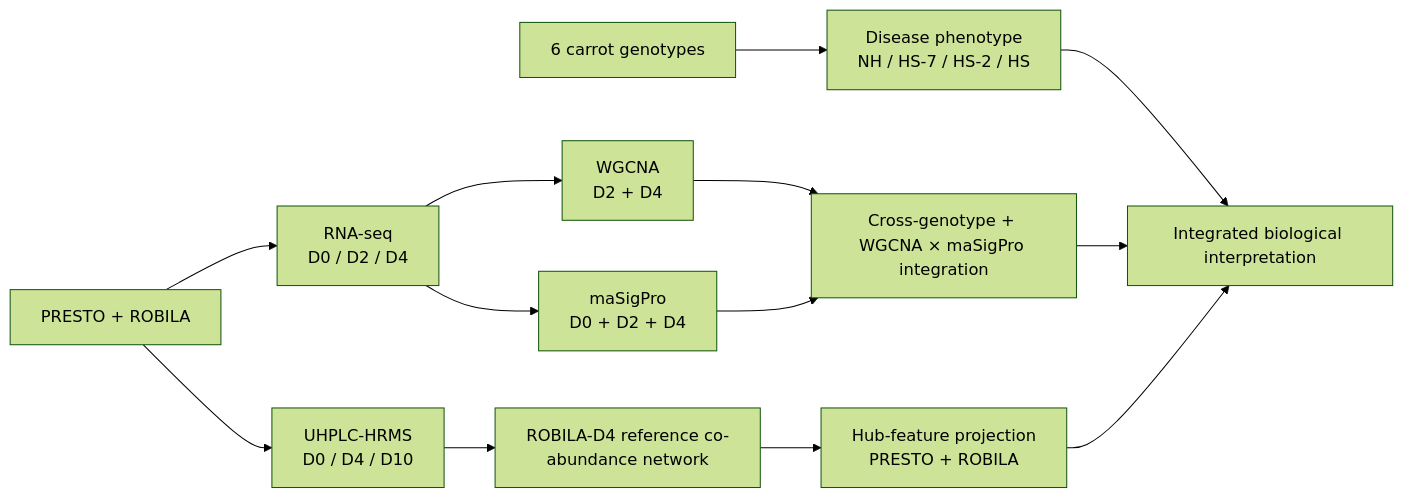
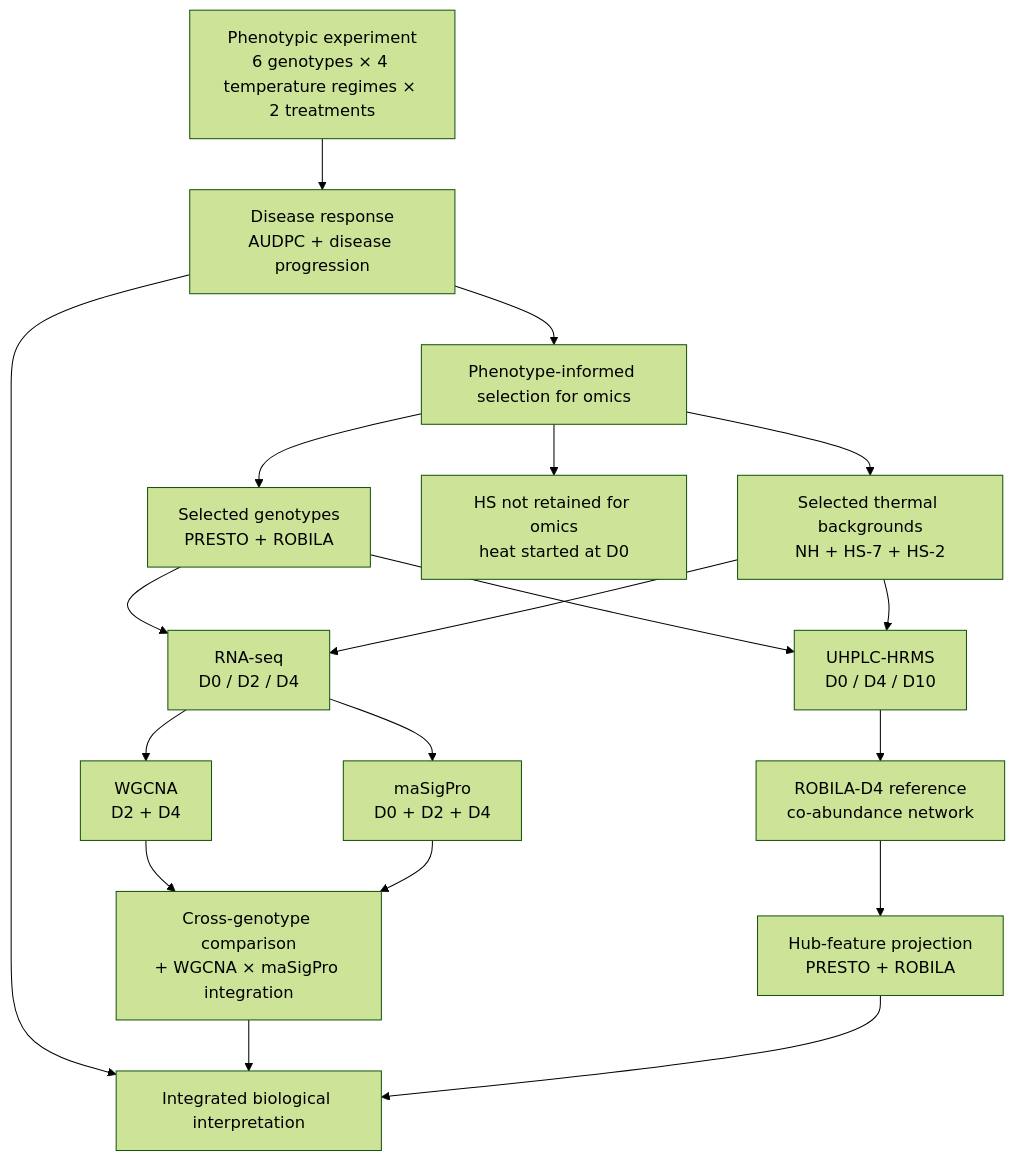
The diagram in README.md (Abdelkebieche/ALVAREX_carrot_biocontrol_heat_multiomics), drawn with Mermaid (forest theme) before and after one commit. The commit also changed other lines of this file, not shown here.

````diff
--- a/README.md
+++ b/README.md
@@ -11,21 +13,38 @@
 ```mermaid
-flowchart LR
-    A[6 carrot genotypes] --> P[Disease phenotype
-NH / HS-7 / HS-2 / HS]
-    A2[PRESTO + ROBILA] --> R[RNA-seq
+flowchart TD
+    A[Phenotypic experiment
+6 genotypes × 4 temperature regimes × 2 treatments] --> B[Disease response
+AUDPC + disease progression]
+    B --> C[Phenotype-informed selection for omics]
+
+    C --> G[Selected genotypes
+PRESTO + ROBILA]
+    C --> T[Selected thermal backgrounds
+NH + HS-7 + HS-2]
+    C --> H[HS not retained for omics
+heat started at D0]
+
+    G --> R[RNA-seq
 D0 / D2 / D4]
-    A2 --> M[UHPLC-HRMS
+    T --> R
+    G --> M[UHPLC-HRMS
 D0 / D4 / D10]
+    T --> M
+
     R --> W[WGCNA
 D2 + D4]
     R --> S[maSigPro
 D0 + D2 + D4]
-    W --> I[Cross-genotype + WGCNA × maSigPro integration]
+    W --> I[Cross-genotype comparison
++ WGCNA × maSigPro integration]
     S --> I
-    M --> MW[ROBILA-D4 reference co-abundance network]
+
+    M --> MW[ROBILA-D4 reference
+co-abundance network]
     MW --> MP[Hub-feature projection
 PRESTO + ROBILA]
-    P --> X[Integrated biological interpretation]
+
+    B --> X[Integrated biological interpretation]
     I --> X
     MP --> X
 ```
````
